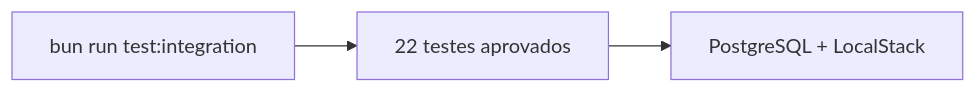
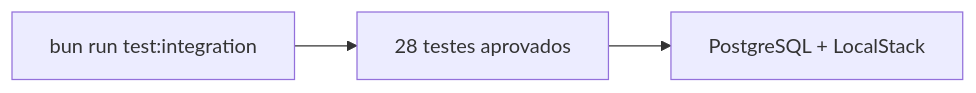
One commit to renansko/jugle-gaming-test changed the seventh of 7 diagrams in evidencias/testes-integracao.md. Above: the diagram before and after it, drawn with Mermaid. The commit also changed other lines of this file and 6 other files, not shown here.

````diff
--- a/evidencias/testes-integracao.md
+++ b/evidencias/testes-integracao.md
@@ -83,5 +83,5 @@
 ```mermaid
 flowchart LR
-    Command["bun run test:integration"] --> Result["22 testes aprovados"]
+    Command["bun run test:integration"] --> Result["28 testes aprovados"]
     Result --> Stack["PostgreSQL + LocalStack"]
 ```
````
